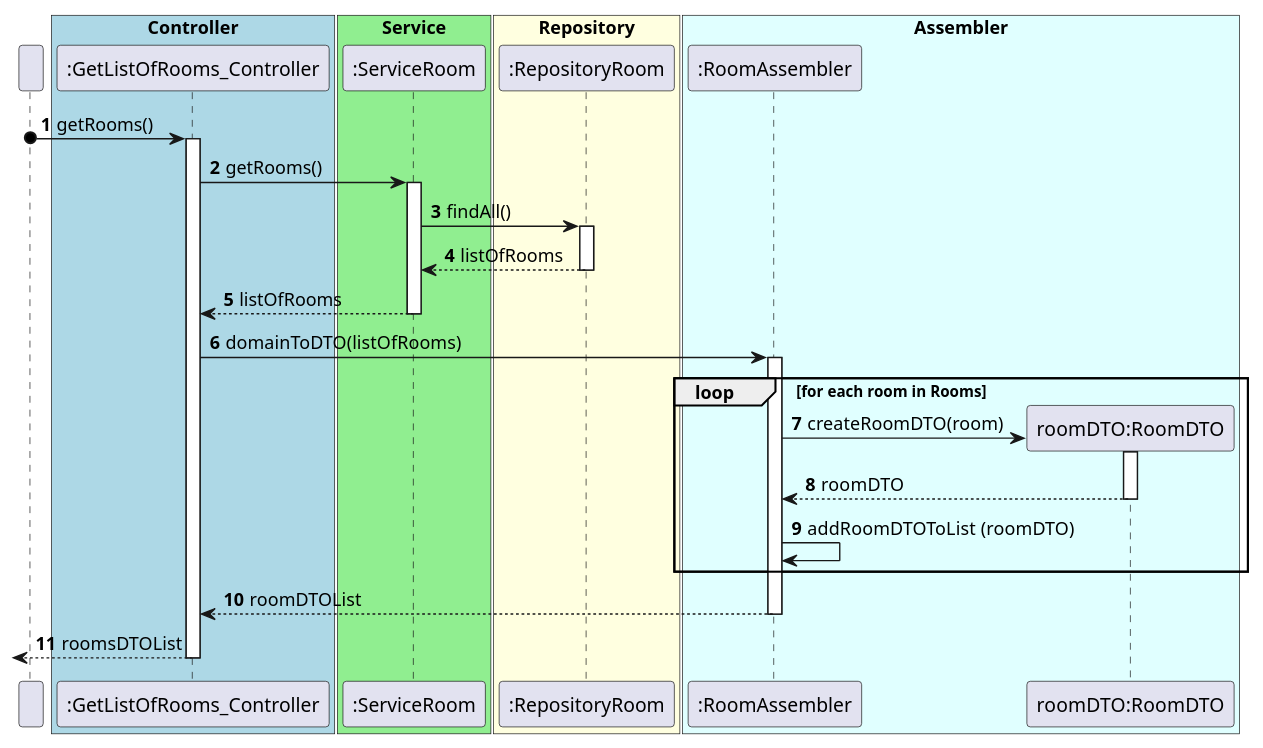
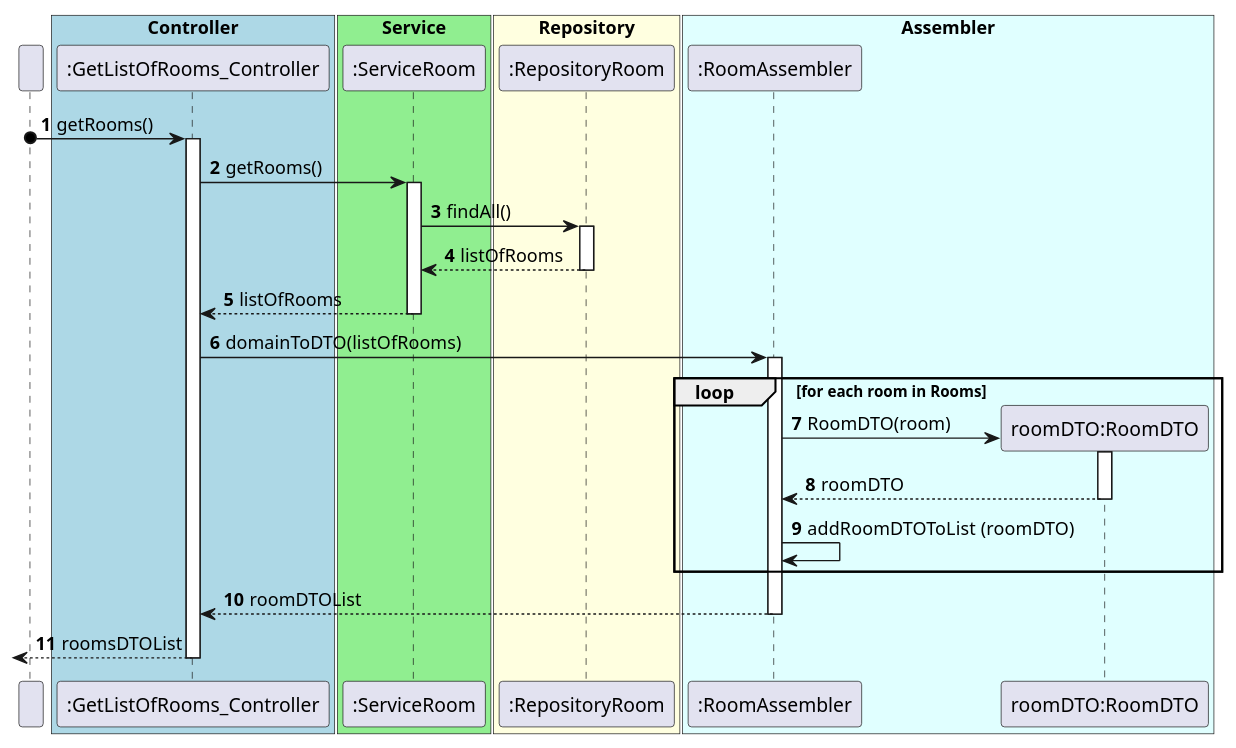
Before and after one commit to olivDiogo/SmartHome: the diagram in docs/userStories/us03/artifacts/US03SD.puml, drawn with PlantUML.

Commit message:
fix: US03 sd refactoring

```diff
--- a/docs/userStories/us03/artifacts/US03SD.puml
+++ b/docs/userStories/us03/artifacts/US03SD.puml
@@ -2,69 +2,69 @@
 @startuml
 'https://plantuml.com/sequence-diagram
 !pragma layout smetana
 
 participant " " as User
 
 box "Controller" #LightBlue
 participant ":GetListOfRooms_Controller" as GetListOfRoomsController
 end box
 
 box "Service" #LightGreen
 participant ":ServiceRoom" as Service
 end box
 
 box "Repository" #LightYellow
 participant ":RepositoryRoom" as RepositoryRoom
 end box
 
 box "Assembler" #LightCyan
 
 participant ":RoomAssembler" as RoomAssembler
 
 participant "roomDTO:RoomDTO" as RoomDTO
 
 end box
 autonumber
 
 User o-> GetListOfRoomsController: getRooms()
 
 activate GetListOfRoomsController
 
 GetListOfRoomsController -> Service: getRooms()
 
 activate Service
 
 Service -> RepositoryRoom: findAll()
 
 activate RepositoryRoom
 
 RepositoryRoom --> Service: listOfRooms
 
 deactivate RepositoryRoom
 
 Service --> GetListOfRoomsController : listOfRooms
 
 deactivate Service
 
 GetListOfRoomsController -> RoomAssembler: domainToDTO(listOfRooms)
 
 loop  for each room in Rooms
 create RoomDTO
 activate RoomAssembler
-RoomAssembler -> RoomDTO: createRoomDTO(room)
+RoomAssembler -> RoomDTO: RoomDTO(room)
 activate RoomDTO
 RoomDTO --> RoomAssembler: roomDTO
 deactivate RoomDTO
 RoomAssembler -> RoomAssembler : addRoomDTOToList (roomDTO)
 end
 
 RoomAssembler --> GetListOfRoomsController: roomDTOList
 
 deactivate RoomAssembler
 
 <-- GetListOfRoomsController :roomsDTOList
 
 deactivate GetListOfRoomsController
 
 
 @enduml
```
